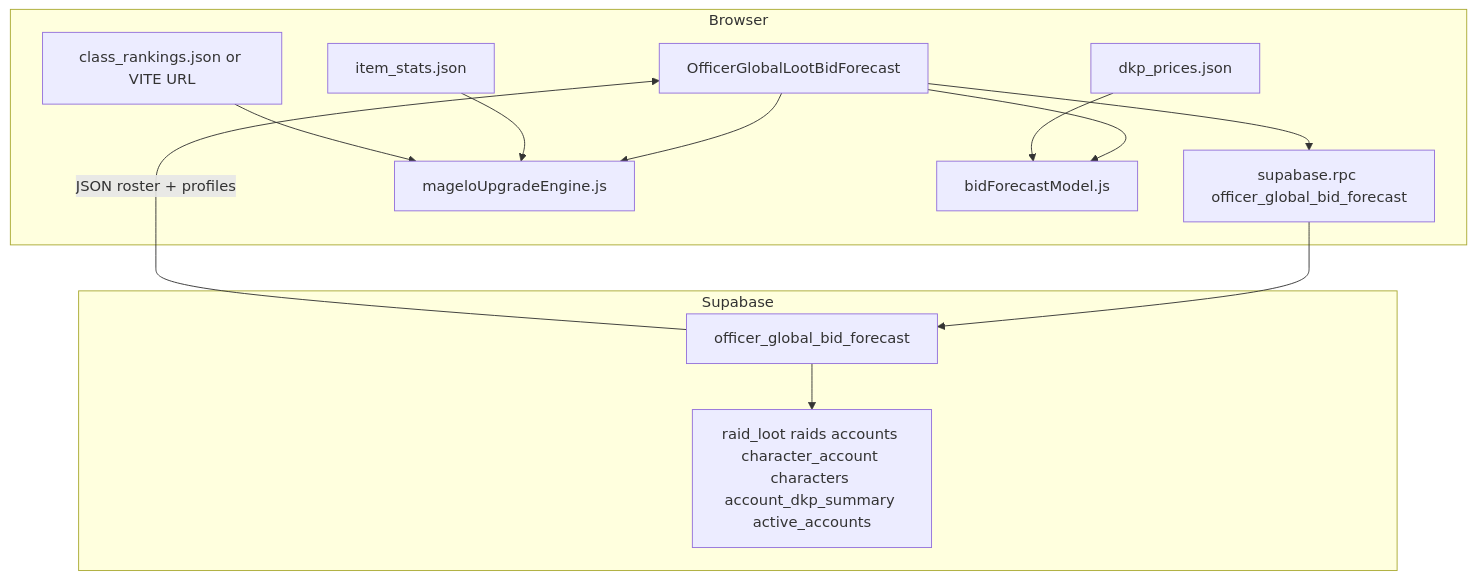
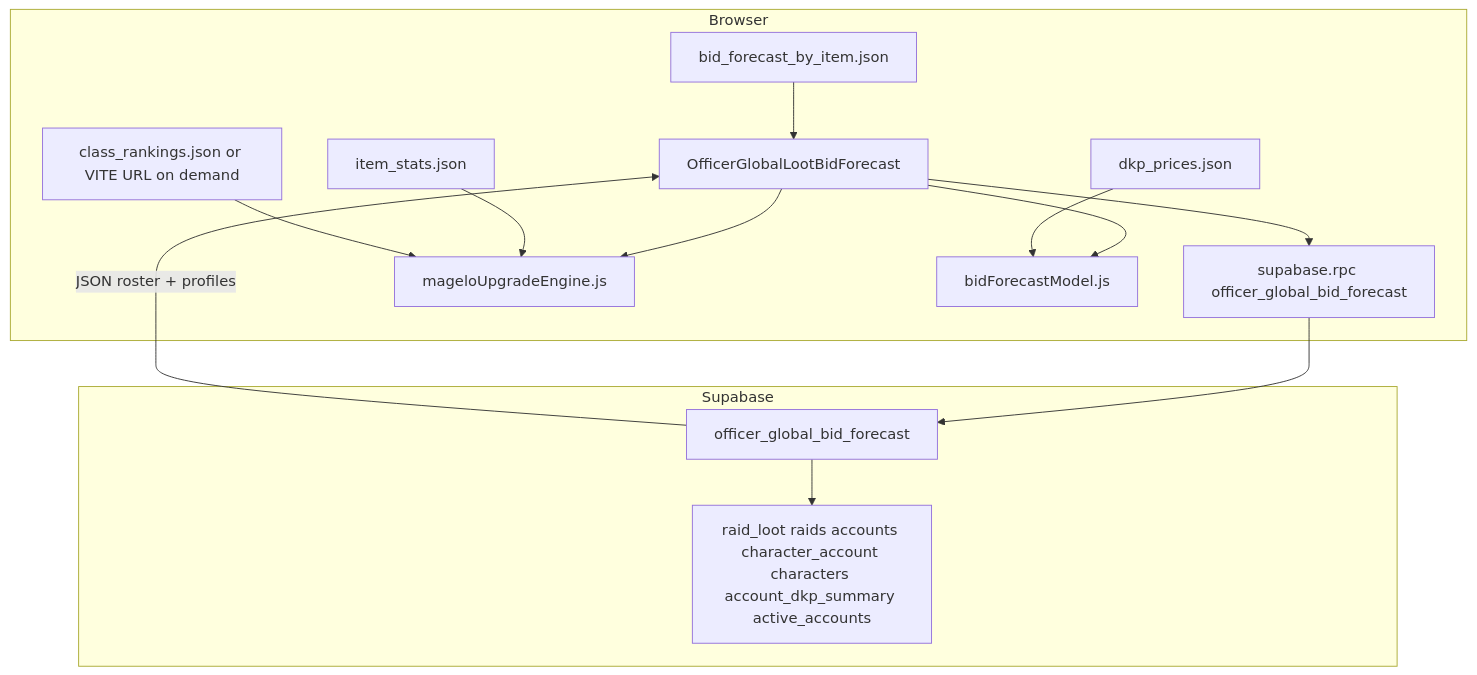
The diagram in docs/HANDOFF_GLOBAL_ITEM_BID_FORECAST.md (Ammordius/NAGD-DKP), drawn with Mermaid before and after one commit. The commit also changed other lines of this file and 4 other files, not shown here.

First line of the commit message:
perf(global bid forecast): window ref-price SQL; precompute-first UI

````diff
--- a/docs/HANDOFF_GLOBAL_ITEM_BID_FORECAST.md
+++ b/docs/HANDOFF_GLOBAL_ITEM_BID_FORECAST.md
@@ -21,25 +21,27 @@
 ```mermaid
 flowchart TB
   subgraph browser [Browser]
     UI[OfficerGlobalLootBidForecast]
     RPCcall[supabase.rpc officer_global_bid_forecast]
     Eng[mageloUpgradeEngine.js]
     Model[bidForecastModel.js]
     stats[item_stats.json]
     prices[dkp_prices.json]
-    rank[class_rankings.json or VITE URL]
+    pre[bid_forecast_by_item.json]
+    rank[class_rankings.json or VITE URL on demand]
   end
   subgraph supabase [Supabase]
     Fn[officer_global_bid_forecast]
     Tables[raid_loot raids accounts character_account characters account_dkp_summary active_accounts]
   end
   UI --> RPCcall
   RPCcall --> Fn
   Fn --> Tables
   UI --> Eng
   UI --> Model
   stats --> Eng
+  pre --> UI
   rank --> Eng
   prices --> Model
   Fn -->|JSON roster + profiles| UI
 ```
````
